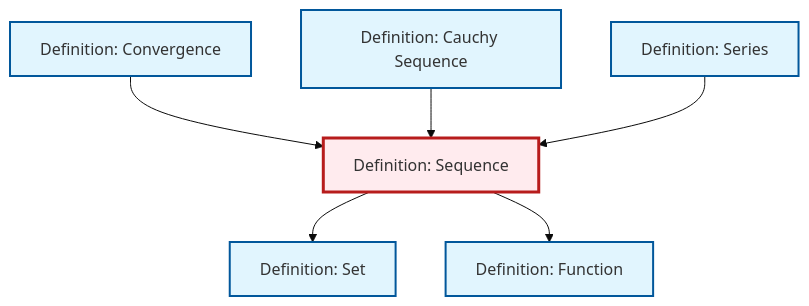
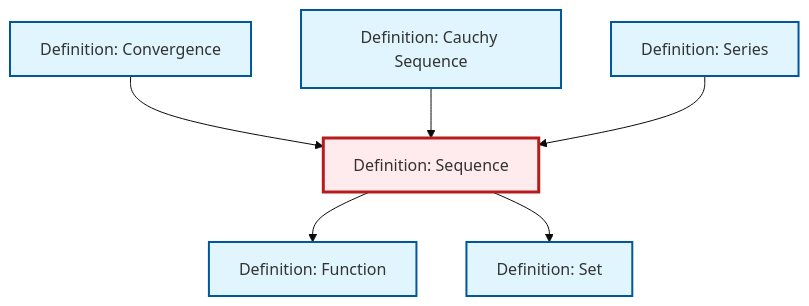
Before and after one commit to RK0429/ModernMath: the diagram in content/en/analysis/def-sequence.qmd, drawn with Mermaid (base theme). The commit also changed other lines of this file and 672 other files, not shown here.

````diff
--- a/content/en/analysis/def-sequence.qmd
+++ b/content/en/analysis/def-sequence.qmd
@@ -76,26 +76,26 @@
 ```{mermaid}
 %%| fig-cap: "Local dependency graph"
 graph TD
     classDef definition fill:#e1f5fe,stroke:#01579b,stroke-width:2px
     classDef theorem fill:#f3e5f5,stroke:#4a148c,stroke-width:2px
     classDef axiom fill:#fff3e0,stroke:#e65100,stroke-width:2px
     classDef example fill:#e8f5e9,stroke:#1b5e20,stroke-width:2px
     classDef current fill:#ffebee,stroke:#b71c1c,stroke-width:3px
+    def-cauchy-sequence["Definition: Cauchy Sequence"]:::definition
     def-set["Definition: Set"]:::definition
+    def-convergence["Definition: Convergence"]:::definition
+    def-function["Definition: Function"]:::definition
     def-series["Definition: Series"]:::definition
-    def-function["Definition: Function"]:::definition
-    def-convergence["Definition: Convergence"]:::definition
     def-sequence["Definition: Sequence"]:::definition
-    def-cauchy-sequence["Definition: Cauchy Sequence"]:::definition
+    def-sequence --> def-function
     def-convergence --> def-sequence
     def-sequence --> def-set
     def-cauchy-sequence --> def-sequence
     def-series --> def-sequence
-    def-sequence --> def-function
     class def-sequence current
+    click def-cauchy-sequence "def-cauchy-sequence.html" "Go to Cauchy Sequence definition"
     click def-set "def-set.html" "Go to Set definition"
+    click def-convergence "def-convergence.html" "Go to Convergence definition"
+    click def-function "def-function.html" "Go to Function definition"
     click def-series "def-series.html" "Go to Series definition"
-    click def-function "def-function.html" "Go to Function definition"
-    click def-convergence "def-convergence.html" "Go to Convergence definition"
-    click def-cauchy-sequence "def-cauchy-sequence.html" "Go to Cauchy Sequence definition"
 ```
````
